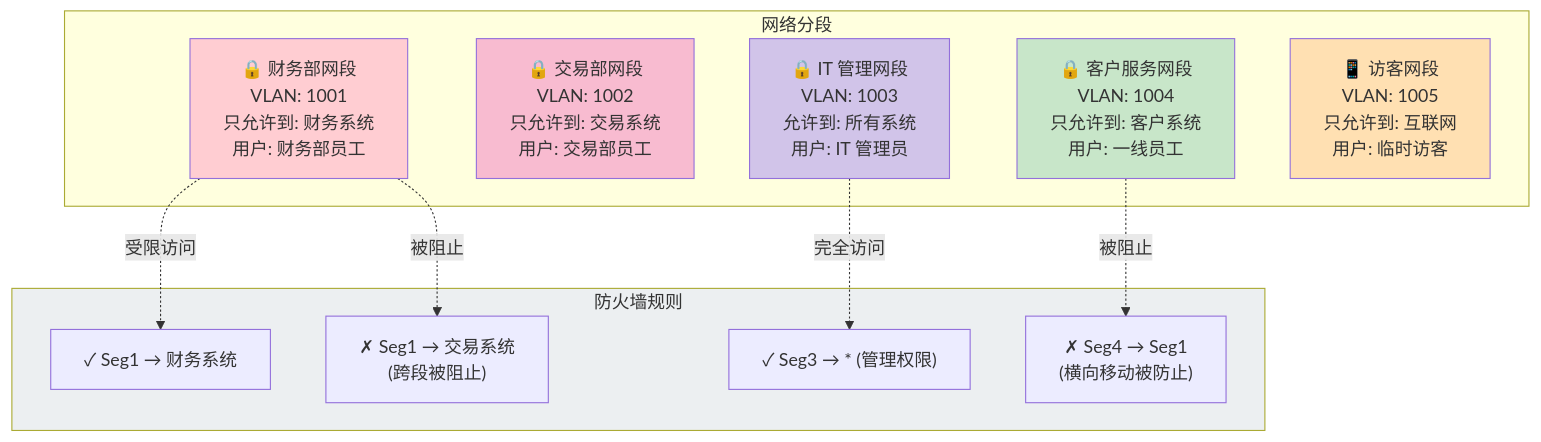
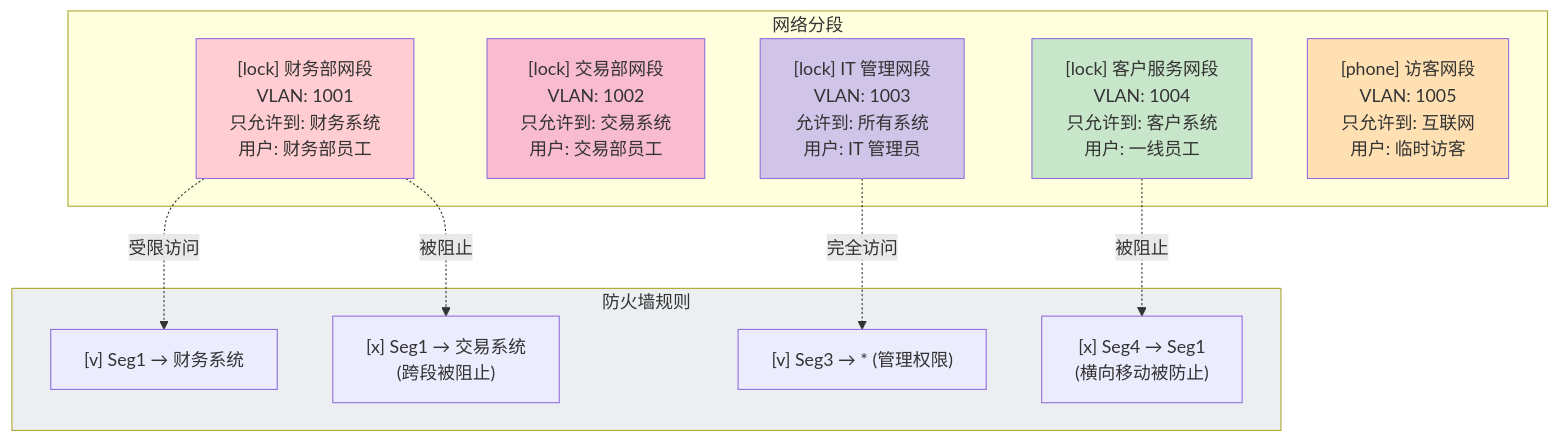
The second of 3 diagrams in docs/guide/sdwan/diagrams/enhanced-mermaid/case2-security.md (SKT-Shurima/NetworkMastery), drawn with Mermaid before and after one commit. The commit also changed other lines of this file and 26 other files, not shown here.

````diff
--- a/docs/guide/sdwan/diagrams/enhanced-mermaid/case2-security.md
+++ b/docs/guide/sdwan/diagrams/enhanced-mermaid/case2-security.md
@@ -81,29 +81,29 @@
 ```mermaid
 graph TB
     subgraph Network["网络分段"]
-        Seg1["🔒 财务部网段<br/>VLAN: 1001<br/>只允许到: 财务系统<br/>用户: 财务部员工"]
-        Seg2["🔒 交易部网段<br/>VLAN: 1002<br/>只允许到: 交易系统<br/>用户: 交易部员工"]
-        Seg3["🔒 IT 管理网段<br/>VLAN: 1003<br/>允许到: 所有系统<br/>用户: IT 管理员"]
-        Seg4["🔒 客户服务网段<br/>VLAN: 1004<br/>只允许到: 客户系统<br/>用户: 一线员工"]
-        Seg5["📱 访客网段<br/>VLAN: 1005<br/>只允许到: 互联网<br/>用户: 临时访客"]
+        Seg1["[lock] 财务部网段<br/>VLAN: 1001<br/>只允许到: 财务系统<br/>用户: 财务部员工"]
+        Seg2["[lock] 交易部网段<br/>VLAN: 1002<br/>只允许到: 交易系统<br/>用户: 交易部员工"]
+        Seg3["[lock] IT 管理网段<br/>VLAN: 1003<br/>允许到: 所有系统<br/>用户: IT 管理员"]
+        Seg4["[lock] 客户服务网段<br/>VLAN: 1004<br/>只允许到: 客户系统<br/>用户: 一线员工"]
+        Seg5["[phone] 访客网段<br/>VLAN: 1005<br/>只允许到: 互联网<br/>用户: 临时访客"]
     end
     
     subgraph Rules["防火墙规则"]
-        R1["✓ Seg1 → 财务系统"]
-        R2["✗ Seg1 → 交易系统<br/>(跨段被阻止)"]
-        R3["✓ Seg3 → * (管理权限)"]
-        R4["✗ Seg4 → Seg1<br/>(横向移动被防止)"]
+        R1["[v] Seg1 → 财务系统"]
+        R2["[x] Seg1 → 交易系统<br/>(跨段被阻止)"]
+        R3["[v] Seg3 → * (管理权限)"]
+        R4["[x] Seg4 → Seg1<br/>(横向移动被防止)"]
     end
     
     Seg1 -.->|受限访问| R1
     Seg1 -.->|被阻止| R2
     Seg3 -.->|完全访问| R3
     Seg4 -.->|被阻止| R4
     
     style Seg1 fill:#ffcdd2
     style Seg2 fill:#f8bbd0
     style Seg3 fill:#d1c4e9
     style Seg4 fill:#c8e6c9
     style Seg5 fill:#ffe0b2
     style Rules fill:#eceff1
 ```
````
